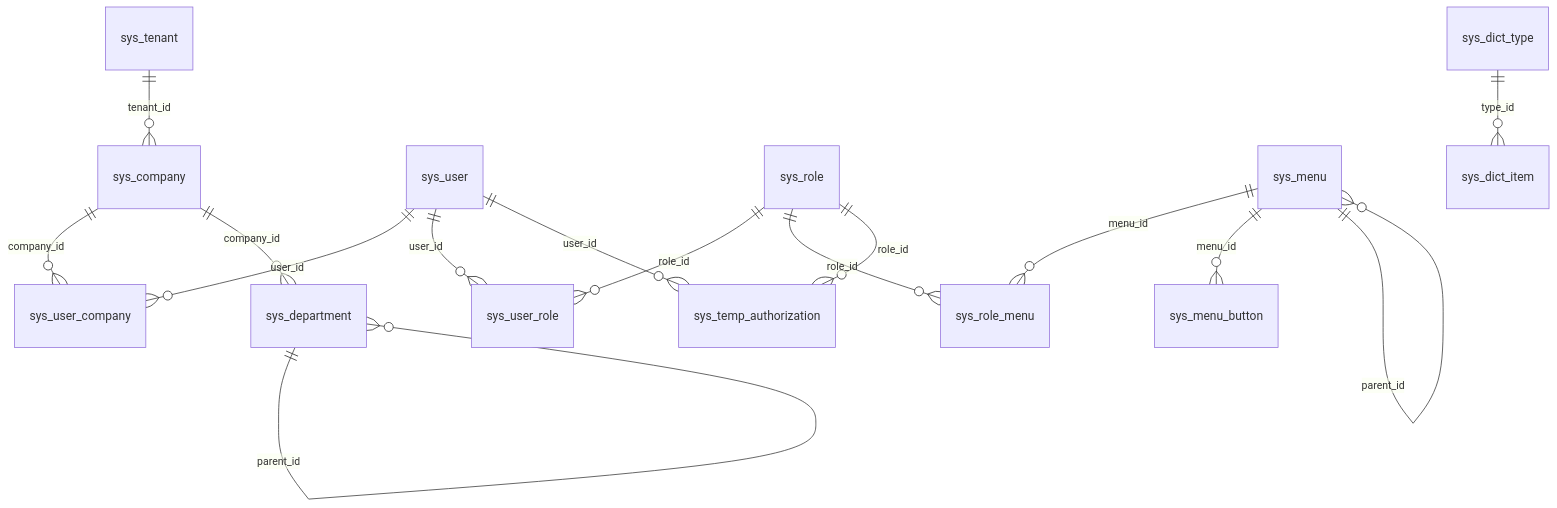
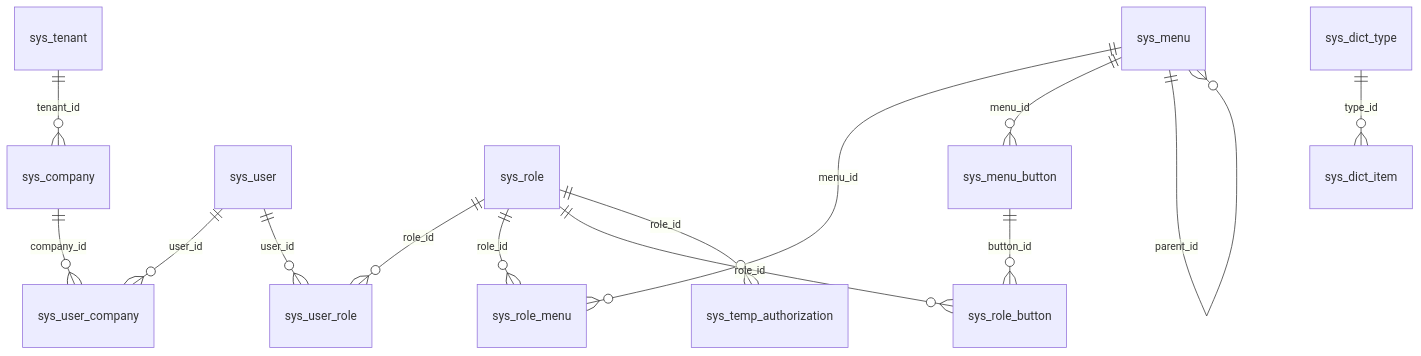
Before and after one commit to ChenyCHENYU/Robot_Cloud: the diagram in docs/database-design.md, drawn with Mermaid. The commit also changed other lines of this file and 232 other files, not shown here.

````diff
--- a/docs/database-design.md
+++ b/docs/database-design.md
@@ -49,17 +50,16 @@
 ```mermaid
 erDiagram
     sys_tenant ||--o{ sys_company : tenant_id
     sys_company ||--o{ sys_user_company : company_id
     sys_user ||--o{ sys_user_company : user_id
     sys_user ||--o{ sys_user_role : user_id
     sys_role ||--o{ sys_user_role : role_id
     sys_role ||--o{ sys_role_menu : role_id
+    sys_role ||--o{ sys_role_button : role_id
     sys_menu ||--o{ sys_role_menu : menu_id
     sys_menu ||--o{ sys_menu_button : menu_id
+    sys_menu_button ||--o{ sys_role_button : button_id
     sys_menu ||--o{ sys_menu : parent_id
     sys_dict_type ||--o{ sys_dict_item : type_id
-    sys_company ||--o{ sys_department : company_id
-    sys_department ||--o{ sys_department : parent_id
     sys_role ||--o{ sys_temp_authorization : role_id
-    sys_user ||--o{ sys_temp_authorization : user_id
 ```
````
